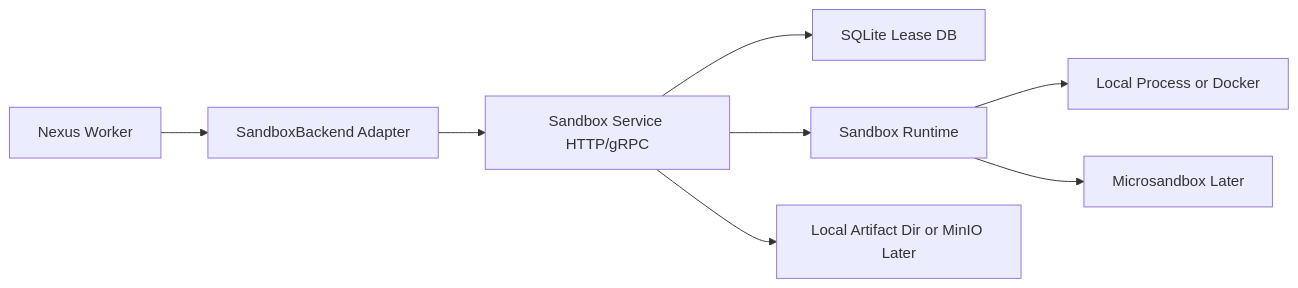
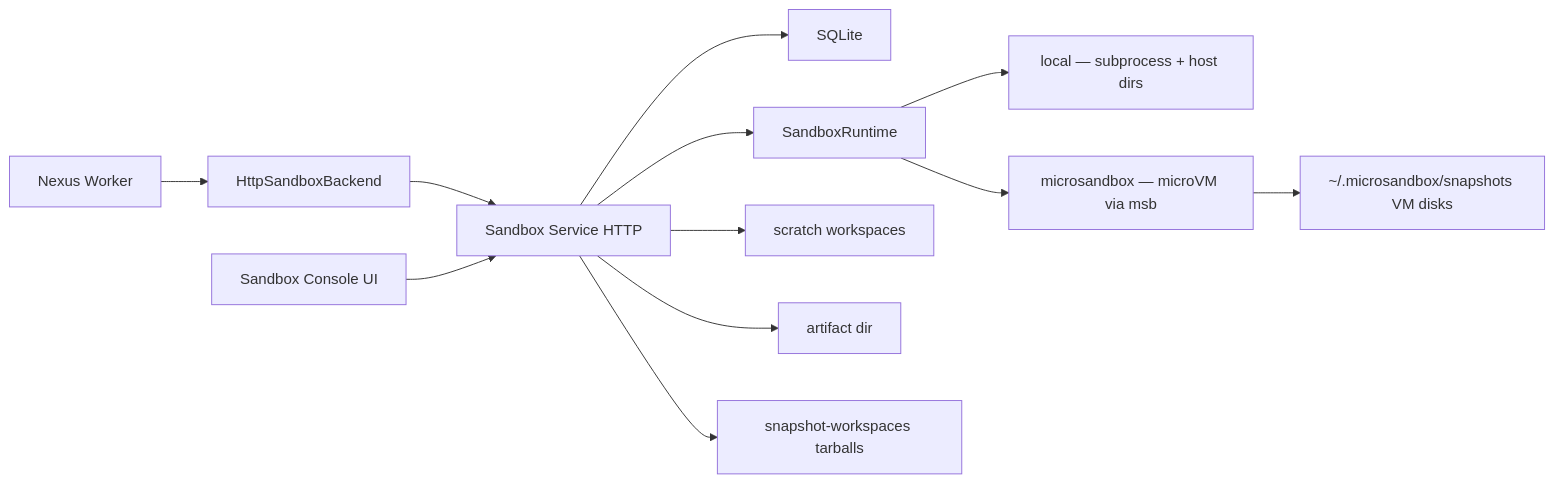
The diagram in sandbox_service_plan.md (Hari31416/sandbox), drawn with Mermaid before and after one commit. The commit also changed other lines of this file and 1 other file, not shown here.

First line of the commit message:
Update AGENTS.md and sandbox_service_plan.md with guidelines and architectural details

````diff
--- a/sandbox_service_plan.md
+++ b/sandbox_service_plan.md
@@ -21,10 +23,14 @@
 ```mermaid
 flowchart LR
-  Worker["Nexus Worker"] --> Adapter["SandboxBackend Adapter"]
-  Adapter --> API["Sandbox Service HTTP/gRPC"]
-  API --> DB["SQLite Lease DB"]
-  API --> Runtime["Sandbox Runtime"]
-  Runtime --> Local["Local Process or Docker"]
-  Runtime --> Micro["Microsandbox Later"]
-  API --> Artifacts["Local Artifact Dir or MinIO Later"]
+  Worker["Nexus Worker"] --> Adapter["HttpSandboxBackend"]
+  Adapter --> API["Sandbox Service HTTP"]
+  UI["Sandbox Console UI"] --> API
+  API --> DB["SQLite"]
+  API --> Runtime["SandboxRuntime"]
+  Runtime --> Local["local — subprocess + host dirs"]
+  Runtime --> Micro["microsandbox — microVM via msb"]
+  API --> Scratch["scratch workspaces"]
+  API --> Artifacts["artifact dir"]
+  API --> SnapWS["snapshot-workspaces tarballs"]
+  Micro --> MsbSnap["~/.microsandbox/snapshots VM disks"]
 ```
````
